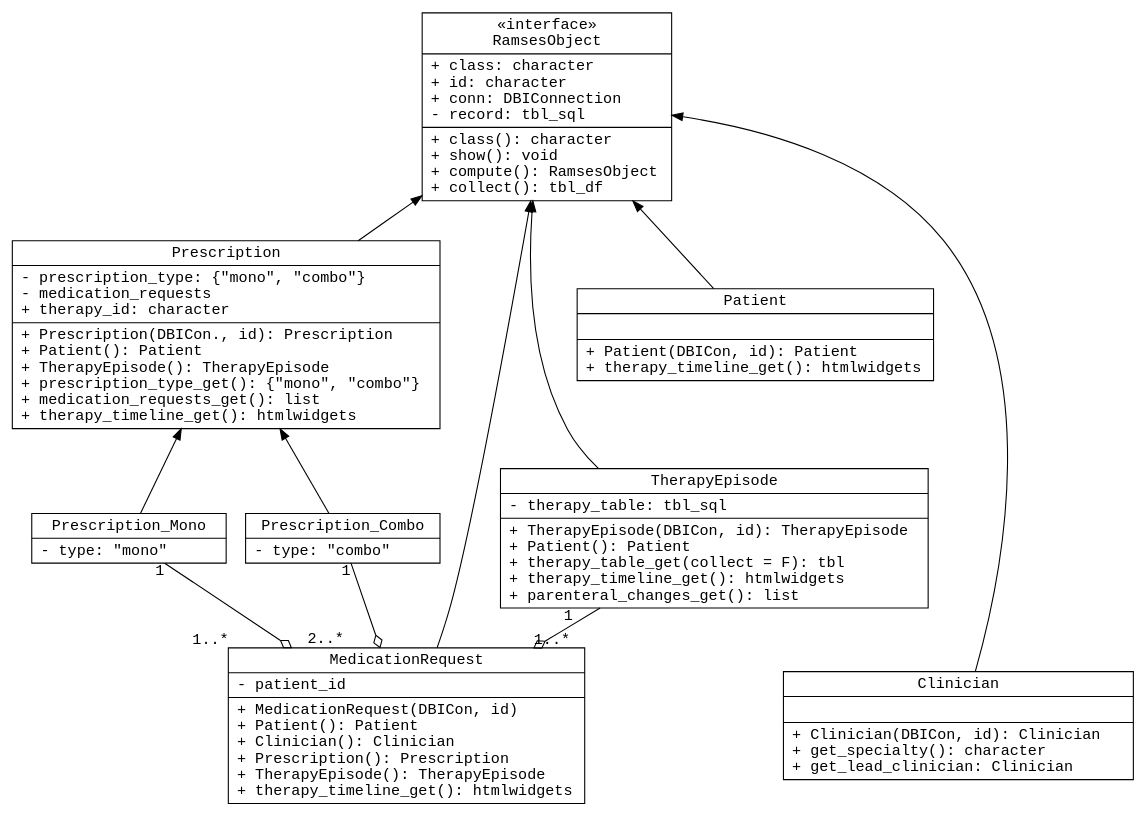
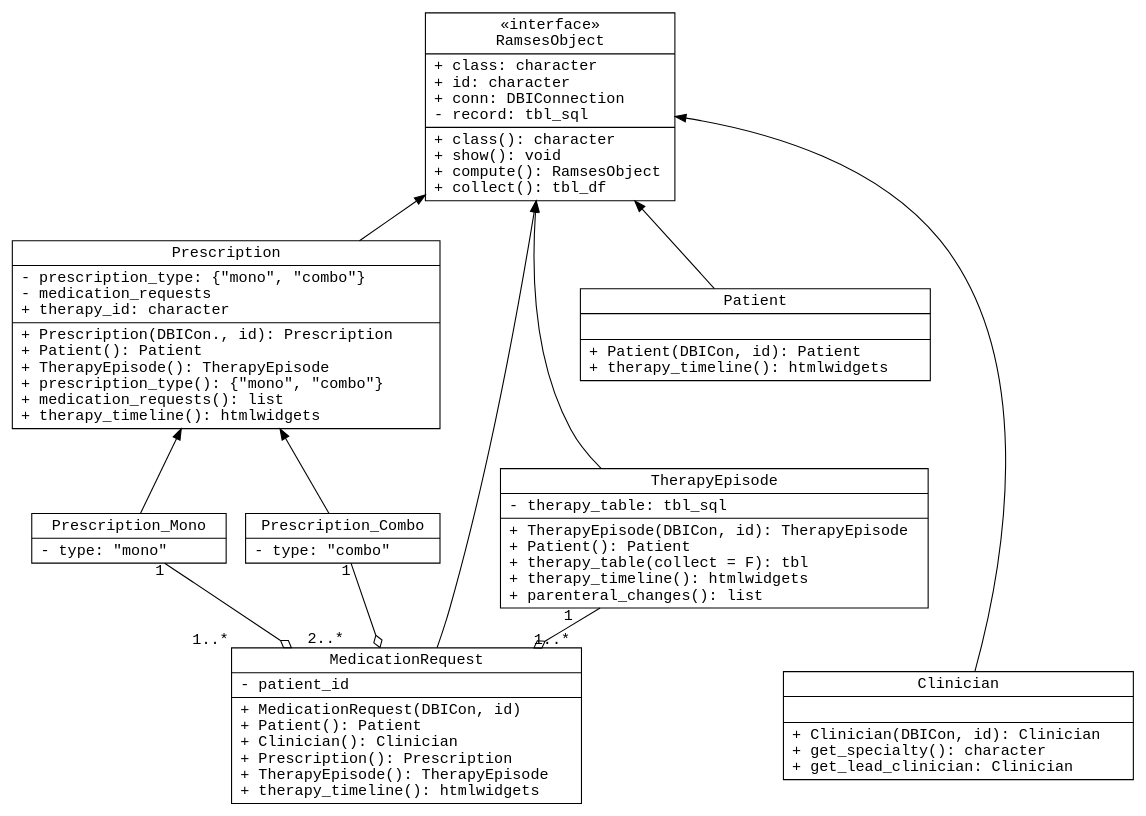
Before and after one commit to ramses-antibiotics/ramses-package: the diagram in vignettes/ramses-objects/ramses-med-class-diagram.gv, drawn with Graphviz. The commit also changed 12 other files, not shown here.

Commit message:
implement therapy_timeline for Patient and TherapyEpisode #36

```diff
--- a/vignettes/ramses-objects/ramses-med-class-diagram.gv
+++ b/vignettes/ramses-objects/ramses-med-class-diagram.gv
@@ -1,150 +1,150 @@
 digraph G {
   fontsize = 10
 
   node [
           fontname = "monospace"
           shape = "record"
           width = 2.5
   ]
 
   edge [
           fontname = "monospace"
   ]
 
 # arrowheads
 # Association open
 # Inheritance empty
 # Realisation/implementation empty + style=dashed
 # Dependency open + style=dashed
 # Aggregation odiamond
 # Composition diamond
 
 
 # Interface
 RamsesObject [
   width = 3.2
   label = "{«interface»\n
   RamsesObject|
   + class: character\l
   + id: character\l
   + conn: DBIConnection\l
   - record: tbl_sql\l|
   
   + class(): character\l
   + show(): void\l
   + compute(): RamsesObject\l
   + collect(): tbl_df\l}"
 ]
 
 Prescription [
   width = 5.5
   label = "{Prescription|
   - prescription_type: \{\"mono\", \"combo\"\}\l
   - medication_requests\l
   + therapy_id: character\l|
   
   + Prescription(DBICon., id): Prescription\l
   + Patient(): Patient\l
   + TherapyEpisode(): TherapyEpisode\l
-  + prescription_type_get(): \{\"mono\", \"combo\"\}\l
-  + medication_requests_get(): list\l
-  + therapy_timeline_get(): htmlwidgets\l}"
+  + prescription_type(): \{\"mono\", \"combo\"\}\l
+  + medication_requests(): list\l
+  + therapy_timeline(): htmlwidgets\l}"
 ]
 
 Prescription_Mono [
   label = "{Prescription_Mono|
   - type: \"mono\"\l
   }"
 ]
 
 Prescription_Combo [
   label = "{Prescription_Combo|
   - type: \"combo\"\l
   }"
 ]
 
 MedicationRequest [
   width = 4.5
   label = "{MedicationRequest|
   - patient_id\l|
   
   + MedicationRequest(DBICon, id)\l
   + Patient(): Patient\l
   + Clinician(): Clinician\l
   + Prescription(): Prescription\l
   + TherapyEpisode(): TherapyEpisode\l
-  + therapy_timeline_get(): htmlwidgets\l}"
+  + therapy_timeline(): htmlwidgets\l}"
 ]
 
 TherapyEpisode [
   width = 5.5
   label = "{TherapyEpisode|
   - therapy_table: tbl_sql\l|
   
   + TherapyEpisode(DBICon, id): TherapyEpisode\l
   + Patient(): Patient\l
-  + therapy_table_get(collect = F): tbl\l
-  + therapy_timeline_get(): htmlwidgets\l
-  + parenteral_changes_get(): list\l}"
-#  + medication_request_get(): list\l}"
+  + therapy_table(collect = F): tbl\l
+  + therapy_timeline(): htmlwidgets\l
+  + parenteral_changes(): list\l}"
+#  + medication_request(): list\l}"
 ]
 
 Patient [
   width = 4.5
   label = "{Patient|
   \l|
   + Patient(DBICon, id): Patient\l
-  + therapy_timeline_get(): htmlwidgets\l}"
+  + therapy_timeline(): htmlwidgets\l}"
 ]
 
 Clinician [
   width = 4.5
   label = "{Clinician|
   \l|
   + Clinician(DBICon, id): Clinician\l
   + get_specialty(): character\l
   + get_lead_clinician: Clinician\l}"
 ]
 
 /*
 TherapyList [
 label = "{TherapyList|\l+ id: list\l+ type: \"therapy-list\"\l- TherapyTable: tbl\l+ lazy_status: boolean\l|+ fetch(): data.frame\l + therapy_table(): list\l}"
 ]
 */
 
 
 RamsesObject -> Prescription [dir=back]
 Prescription -> Prescription_Mono [dir=back]
 Prescription -> Prescription_Combo [dir=back]
 RamsesObject -> MedicationRequest [dir=back]
 
 RamsesObject -> Patient [dir=back]
 RamsesObject -> Clinician [dir=back]
 RamsesObject -> TherapyEpisode [dir=back]
 
 TherapyEpisode -> MedicationRequest [ constraint=false
   arrowhead=odiamond
   headlabel = "1..*  "
   taillabel = "1   "]
 Prescription_Mono -> MedicationRequest [ constraint=false
   arrowhead=odiamond
   headlabel = "1..*       "
   taillabel = "1"]
 Prescription_Combo -> MedicationRequest [
   arrowhead=odiamond
   headlabel = "2..*    "
   taillabel = "1"]
 
 
 Patient -> Clinician [ style = invis ]; 
 TherapyEpisode -> Clinician  [ style = invis ]; 
 Patient -> TherapyEpisode  [ style = invis ]; 
 
 
 /*
 TherapyEpisode -> TherapyList [constraint=false
   arrowtail=odiamond
   headlabel = "2..*  "
   taillabel = "0..*  "]
 */  
 }
```
